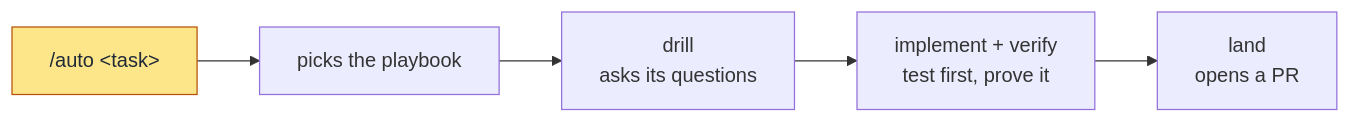
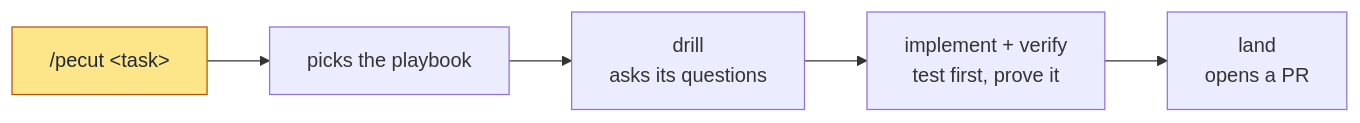
Before and after one commit to pwguler/skills: the second of 2 diagrams in README.md, drawn with Mermaid. The commit also changed other lines of this file and 23 other files, not shown here.

First line of the commit message:
pecut: auto becomes pecut, a session mode the user starts with /pecut, since every task of the session goes through a playbook

````diff
--- a/README.md
+++ b/README.md
@@ -70,9 +70,9 @@
 ```mermaid
 flowchart LR
-    y1["/auto #lt;task#gt;"] --> pb["picks the playbook"]
+    y1["/pecut #lt;task#gt;"] --> pb["picks the playbook"]
     pb --> drill["drill<br/>asks its questions"]
     drill --> impl["implement + verify<br/>test first, prove it"]
     impl --> land["land<br/>opens a PR"]
     classDef you fill:#fde68a,stroke:#b45309,color:#1f2937
     class y1 you
 ```
````
